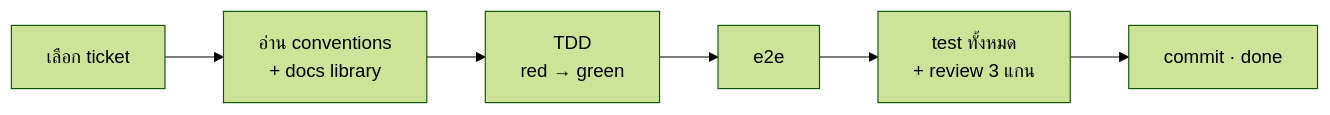
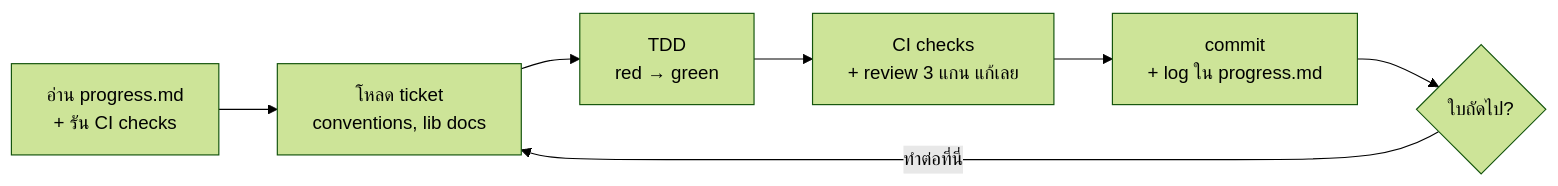
One commit to mousemouse094526/kiki-kit changed the third of 5 diagrams in docs/flow.th.md. Above: the diagram before and after it, drawn with Mermaid (forest theme). The commit also changed other lines of this file and 27 other files, not shown here.

````diff
--- a/docs/flow.th.md
+++ b/docs/flow.th.md
@@ -168,11 +77,12 @@
 ```mermaid
 flowchart LR
-    P["เลือก ticket"]
-    CX["อ่าน conventions<br/>+ docs library"]
+    P["อ่าน progress.md<br/>+ รัน CI checks"]
+    L["โหลด ticket<br/>conventions, lib docs"]
     TDD["TDD<br/>red → green"]
-    E2E["e2e"]
-    RV["test ทั้งหมด<br/>+ review 3 แกน"]
-    CM["commit · done"]
+    CK["CI checks<br/>+ review 3 แกน แก้เลย"]
+    CM["commit<br/>+ log ใน progress.md"]
+    Q{"ใบถัดไป?"}
 
-    P --> CX --> TDD --> E2E --> RV --> CM
+    P --> L --> TDD --> CK --> CM --> Q
+    Q -->|ทำต่อที่นี่| L
 ```
````
